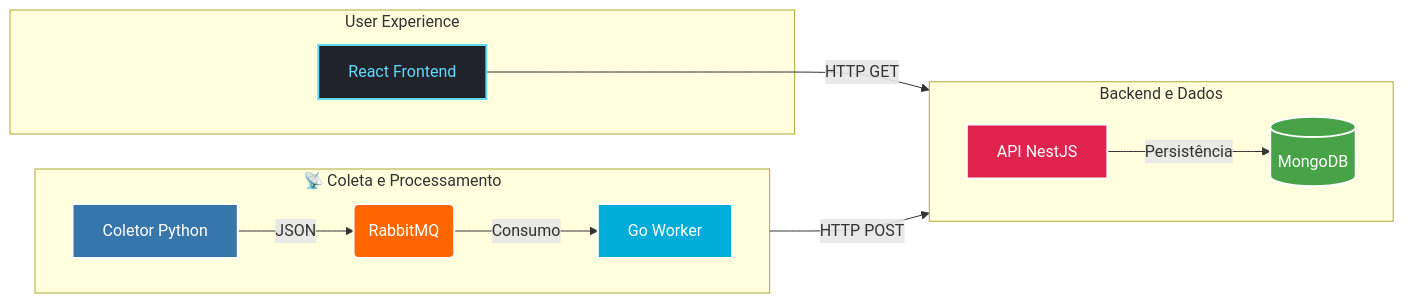
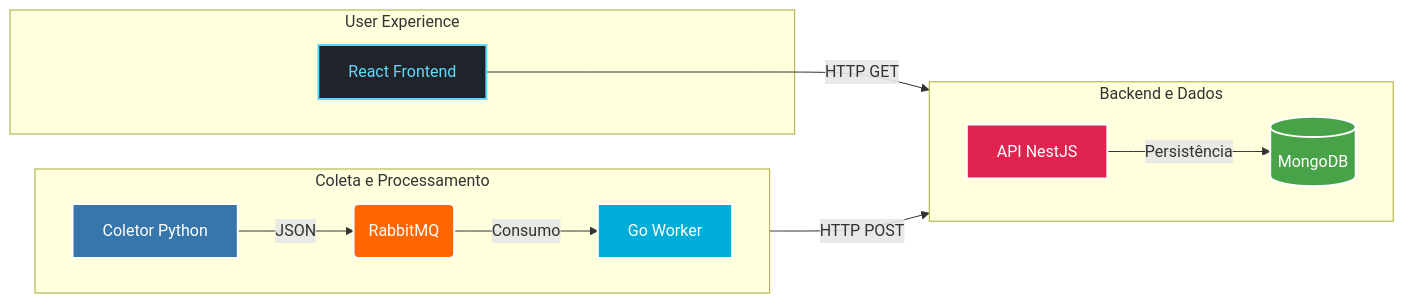
One commit to Tiagliveira/NexusClimaPRO changed the diagram in readme.md. Above: the diagram before and after it, drawn with Mermaid. The commit also changed other lines of this file, not shown here.

````diff
--- a/readme.md
+++ b/readme.md
@@ -38,26 +50,26 @@
 ```mermaid
 flowchart LR
   %% Definição de Cores (Classes)
   classDef python fill:#3776AB,stroke:#fff,stroke-width:2px,color:#fff;
   classDef rabbit fill:#FF6600,stroke:#fff,stroke-width:2px,color:#fff;
   classDef go fill:#00ADD8,stroke:#fff,stroke-width:2px,color:#fff;
   classDef nest fill:#E0234E,stroke:#fff,stroke-width:2px,color:#fff;
   classDef mongo fill:#47A248,stroke:#fff,stroke-width:2px,color:#fff;
   classDef react fill:#20232A,stroke:#61DAFB,stroke-width:2px,color:#61DAFB;
 
-  subgraph Coleta ["📡 Coleta e Processamento"]
+  subgraph Coleta ["Coleta e Processamento"]
     direction LR
     A[Coletor Python]:::python -->|JSON| B(RabbitMQ):::rabbit
     B -->|Consumo| C[Go Worker]:::go
   end
 
   subgraph Core ["Backend e Dados"]
     direction LR
     C -->|HTTP POST| D[API NestJS]:::nest
     D -->|Persistência| E[(MongoDB)]:::mongo
   end
 
   subgraph UX ["User Experience"]
     F[React Frontend]:::react -->|HTTP GET| D
   end
 ```
````
